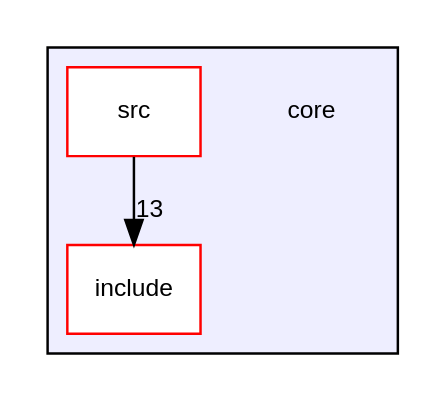
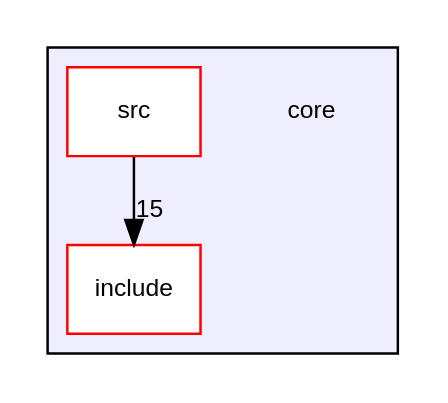
The diagram in docs/dir_4270bfced15e0e73154b13468c7c9ad9_dep.dot (Germanvelardez2018/simo.v2), drawn with Graphviz before and after one commit. The commit also changed 175 other files, not shown here.

```diff
--- a/docs/dir_4270bfced15e0e73154b13468c7c9ad9_dep.dot
+++ b/docs/dir_4270bfced15e0e73154b13468c7c9ad9_dep.dot
@@ -1,12 +1,12 @@
 digraph "core" {
   compound=true
   node [ fontsize="10", fontname="Helvetica"];
   edge [ labelfontsize="10", labelfontname="Helvetica"];
   subgraph clusterdir_4270bfced15e0e73154b13468c7c9ad9 {
     graph [ bgcolor="#eeeeff", pencolor="black", label="" URL="dir_4270bfced15e0e73154b13468c7c9ad9.html"];
     dir_4270bfced15e0e73154b13468c7c9ad9 [shape=plaintext label="core"];
     dir_24d671cfcbc5d5238a6bd565a49d198f [shape=box label="include" color="red" fillcolor="white" style="filled" URL="dir_24d671cfcbc5d5238a6bd565a49d198f.html"];
     dir_90fd98a0ba30abf7a6068a44995d2d6b [shape=box label="src" color="red" fillcolor="white" style="filled" URL="dir_90fd98a0ba30abf7a6068a44995d2d6b.html"];
   }
-  dir_90fd98a0ba30abf7a6068a44995d2d6b->dir_24d671cfcbc5d5238a6bd565a49d198f [headlabel="13", labeldistance=1.5 headhref="dir_000006_000001.html"];
+  dir_90fd98a0ba30abf7a6068a44995d2d6b->dir_24d671cfcbc5d5238a6bd565a49d198f [headlabel="15", labeldistance=1.5 headhref="dir_000008_000001.html"];
 }
```
